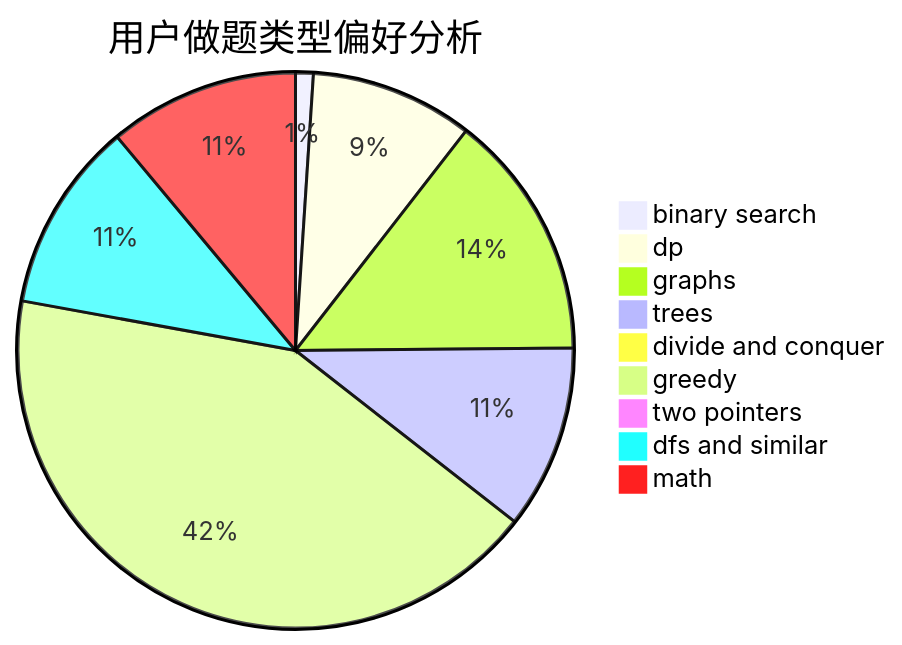
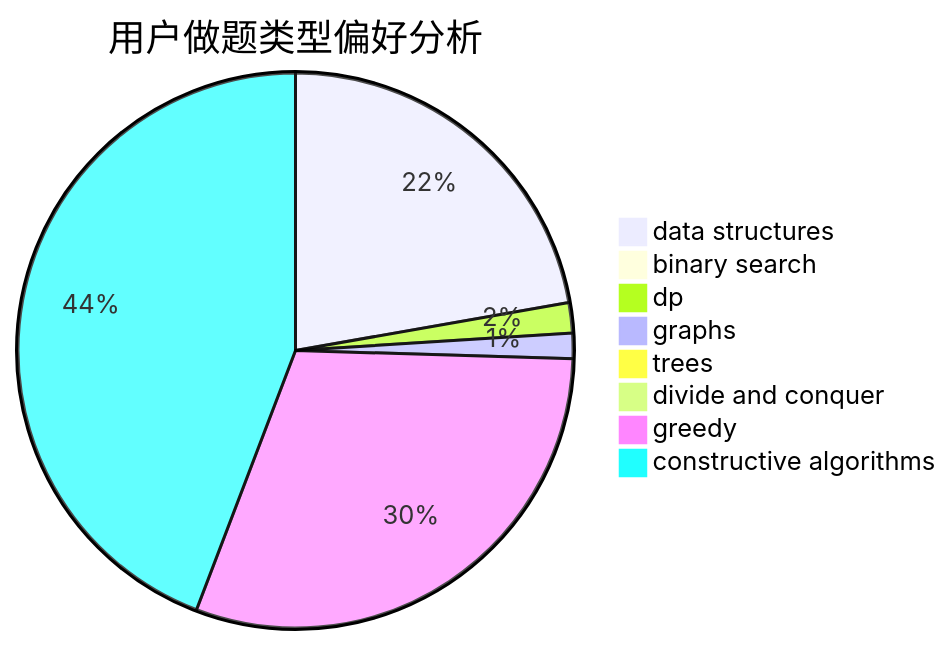
The second of 3 diagrams in docs/user/u2101.md (sherpahu/cfrs.github.io), drawn with Mermaid before and after one commit. The commit also changed other lines of this file and 2775 other files, not shown here.

````diff
--- a/docs/user/u2101.md
+++ b/docs/user/u2101.md
@@ -23,12 +23,11 @@
 ```mermaid
 pie title 用户做题类型偏好分析
+    "data structures" :  316
     "binary search" :  11
-    "dp" :  101
-    "graphs" :  153
-    "trees" :  114
+    "dp" :  25
+    "graphs" :  21
+    "trees" :  6
     "divide and conquer" :  0
-    "greedy" :  451
-    "two pointers" :  5
-    "dfs and similar" :  118
-    "math" :  118
+    "greedy" :  431
+    "constructive algorithms" :  628
 ```
````
